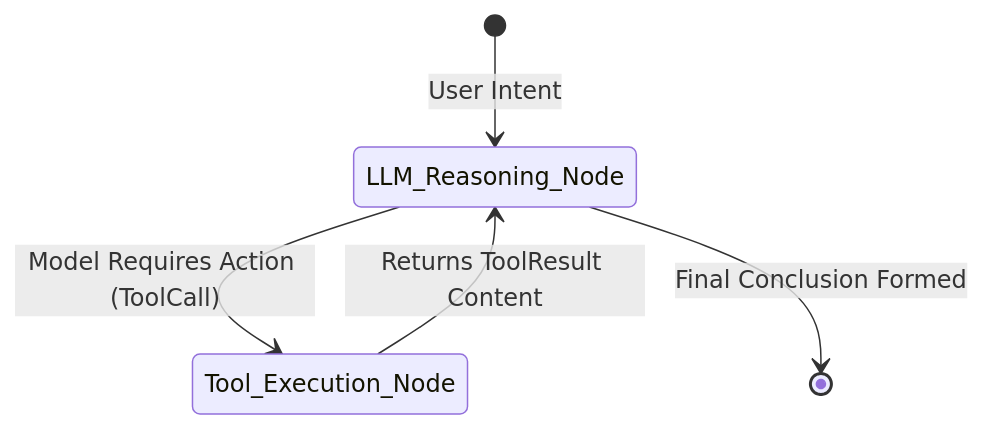
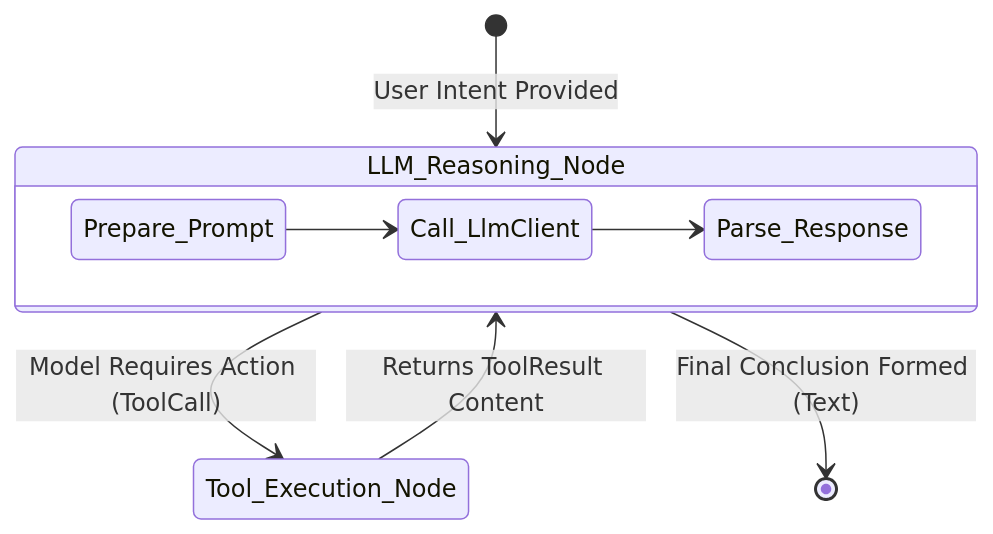
Before and after one commit to kimhongzhang323/TraceGraph: the diagram in tracegraph-connectors/README.md, drawn with Mermaid. The commit also changed other lines of this file and 19 other files, not shown here.

````diff
--- a/tracegraph-connectors/README.md
+++ b/tracegraph-connectors/README.md
@@ -13,7 +18,14 @@
 ```mermaid
 stateDiagram-v2
-    [*] --> LLM_Reasoning_Node: User Intent
+    [*] --> LLM_Reasoning_Node: User Intent Provided
+    
+    state LLM_Reasoning_Node {
+        direction LR
+        Prepare_Prompt --> Call_LlmClient
+        Call_LlmClient --> Parse_Response
+    }
+    
     LLM_Reasoning_Node --> Tool_Execution_Node: Model Requires Action (ToolCall)
     Tool_Execution_Node --> LLM_Reasoning_Node: Returns ToolResult Content
-    LLM_Reasoning_Node --> [*]: Final Conclusion Formed
+    LLM_Reasoning_Node --> [*]: Final Conclusion Formed (Text)
 ```
````
